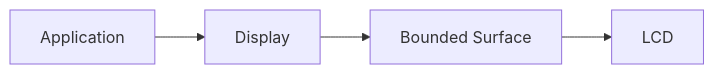
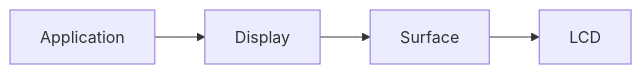
One commit to wackazong/hackandhike-2026 changed the sixth of 13 diagrams in README.md. Above: the diagram before and after it, drawn with Mermaid. The commit also changed other lines of this file, not shown here.

````diff
--- a/README.md
+++ b/README.md
@@ -542,6 +534,6 @@
 ```mermaid
 flowchart LR
     App["Application"] --> Display["Display"]
-    Display --> Surface["Bounded Surface"]
+    Display --> Surface["Surface"]
     Surface --> LCD["LCD"]
 ```
````
